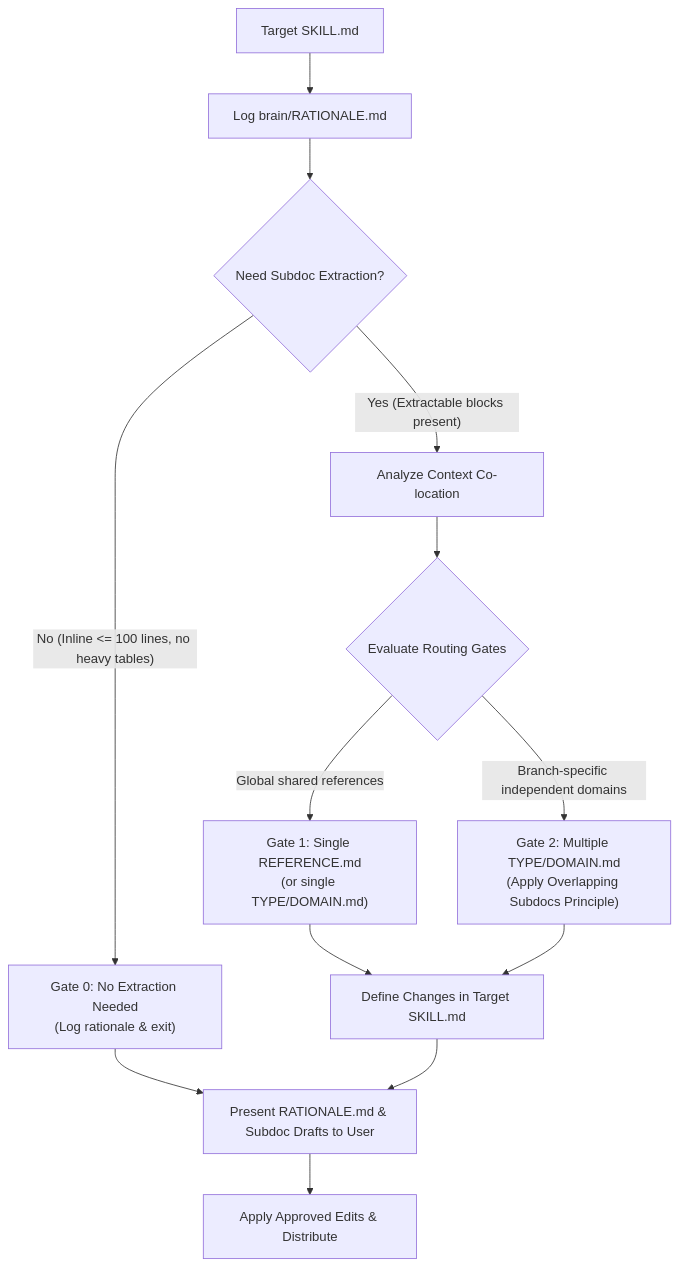
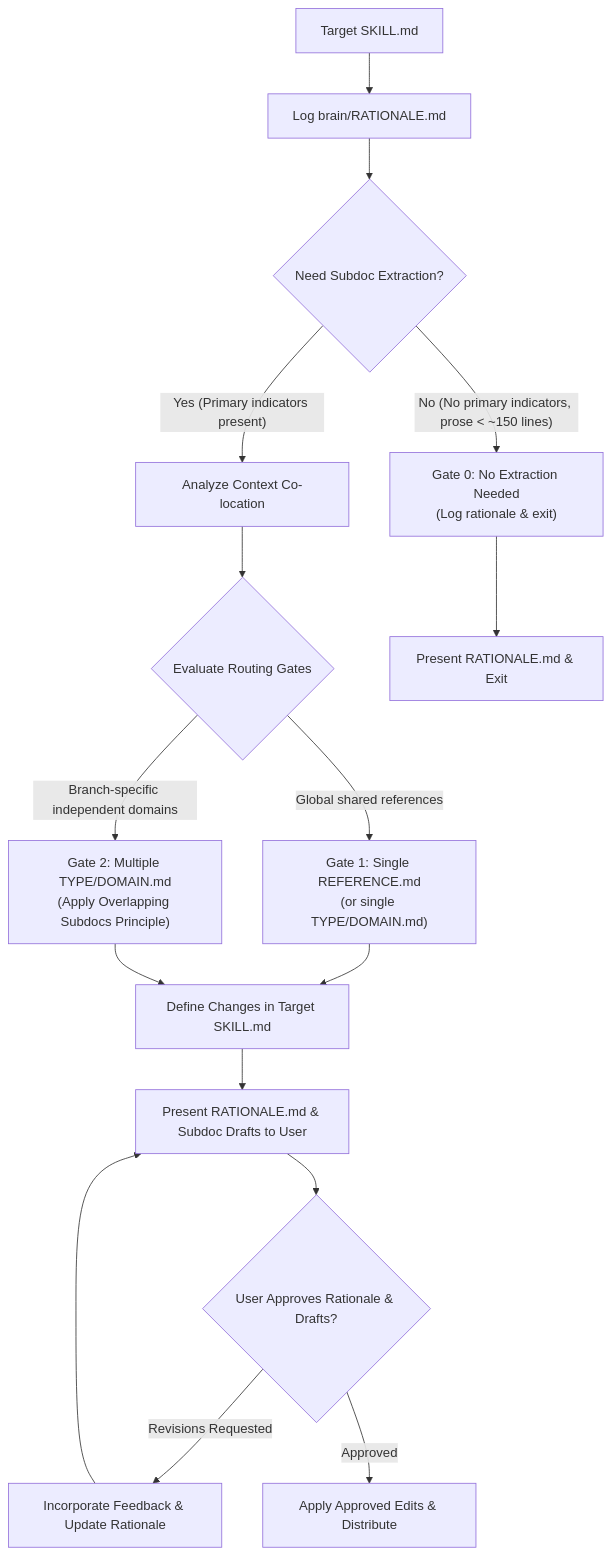
Before and after one commit to loerei/myskills: the diagram in productivity/write-skill-subdocs/SKILL.md, drawn with Mermaid. The commit also changed other lines of this file and 2 other files, not shown here.

Commit message:
feat(skills): add HEURISTICS.md SSOT and update write-a-skill and write-skill-subdocs

````diff
--- a/productivity/write-skill-subdocs/SKILL.md
+++ b/productivity/write-skill-subdocs/SKILL.md
@@ -18,17 +18,19 @@
 ```mermaid
 flowchart TD
     TargetSKILL["Target SKILL.md"] --> InitRationale["Log brain/RATIONALE.md"] --> EvaluateCandidates{"Need Subdoc Extraction?"}
     
-    EvaluateCandidates -->|"No (Inline <= 100 lines, no heavy tables)"| Gate0["Gate 0: No Extraction Needed<br/>(Log rationale & exit)"]
-    EvaluateCandidates -->|"Yes (Extractable blocks present)"| GroupContext["Analyze Context Co-location"] --> CheckGates{"Evaluate Routing Gates"}
+    EvaluateCandidates -->|"No (No primary indicators, prose < ~150 lines)"| Gate0["Gate 0: No Extraction Needed<br/>(Log rationale & exit)"]
+    EvaluateCandidates -->|"Yes (Primary indicators present)"| GroupContext["Analyze Context Co-location"] --> CheckGates{"Evaluate Routing Gates"}
     
     CheckGates -->|"Global shared references"| Gate1["Gate 1: Single REFERENCE.md<br/>(or single TYPE/DOMAIN.md)"]
     CheckGates -->|"Branch-specific independent domains"| Gate2["Gate 2: Multiple TYPE/DOMAIN.md<br/>(Apply Overlapping Subdocs Principle)"]
     
     Gate1 --> PlanSkillEdit["Define Changes in Target SKILL.md"]
     Gate2 --> PlanSkillEdit
     
-    Gate0 --> OutputUser["Present RATIONALE.md & Subdoc Drafts to User"]
-    PlanSkillEdit --> OutputUser
-    OutputUser --> ExecStep["Apply Approved Edits & Distribute"]
+    Gate0 --> ExitGate0["Present RATIONALE.md & Exit"]
+    PlanSkillEdit --> OutputUser["Present RATIONALE.md & Subdoc Drafts to User"]
+    OutputUser --> UserGate{"User Approves Rationale & Drafts?"}
+    UserGate -->|"Revisions Requested"| RefineDraft["Incorporate Feedback & Update Rationale"] --> OutputUser
+    UserGate -->|"Approved"| ExecStep["Apply Approved Edits & Distribute"]
 ```
````
